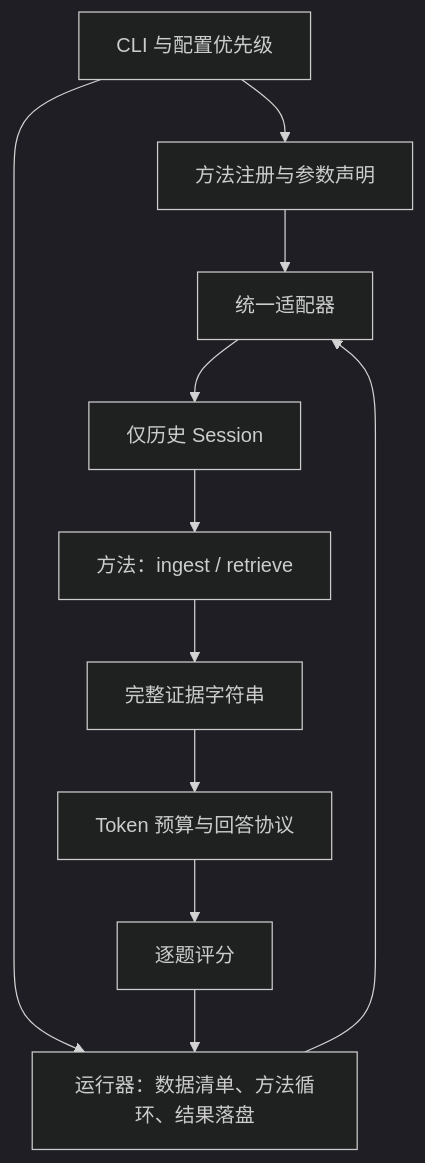
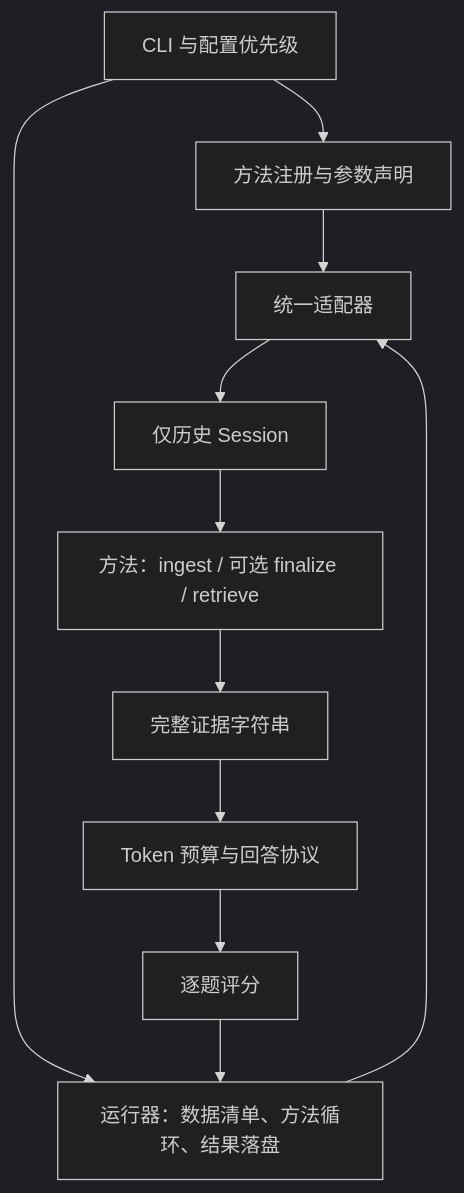
Before and after one commit to Seven-Two/LangMemEval: the diagram in docs/architecture.md, drawn with Mermaid (dark theme). The commit also changed other lines of this file and 61 other files, not shown here.

````diff
--- a/docs/architecture.md
+++ b/docs/architecture.md
@@ -8,13 +8,13 @@
 ```mermaid
 flowchart TD
     CLI[CLI 与配置优先级] --> Registry[方法注册与参数声明]
     CLI --> Runner[运行器：数据清单、方法循环、结果落盘]
     Registry --> Adapter[统一适配器]
     Runner --> Adapter
     Adapter --> History[仅历史 Session]
-    History --> Backend[方法：ingest / retrieve]
+    History --> Backend[方法：ingest / 可选 finalize / retrieve]
     Backend --> Evidence[完整证据字符串]
     Evidence --> Budget[Token 预算与回答协议]
     Budget --> Scoring[逐题评分]
     Scoring --> Runner
 ```
````
